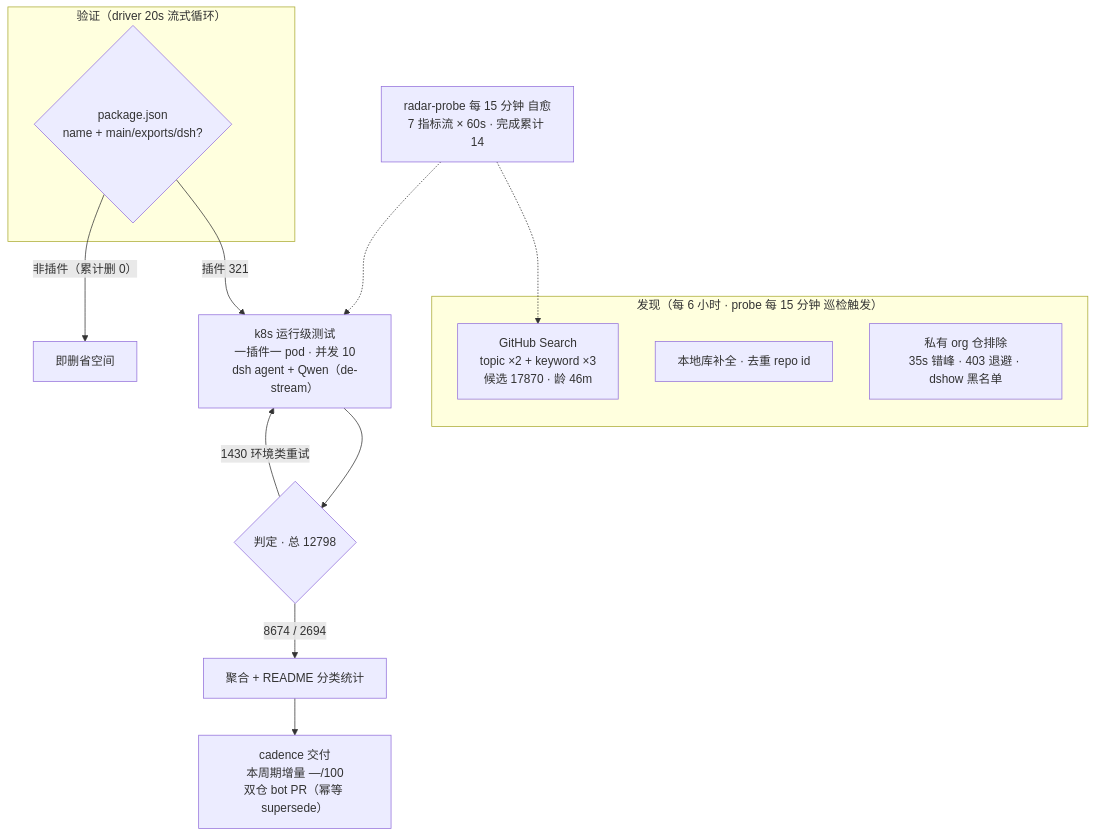
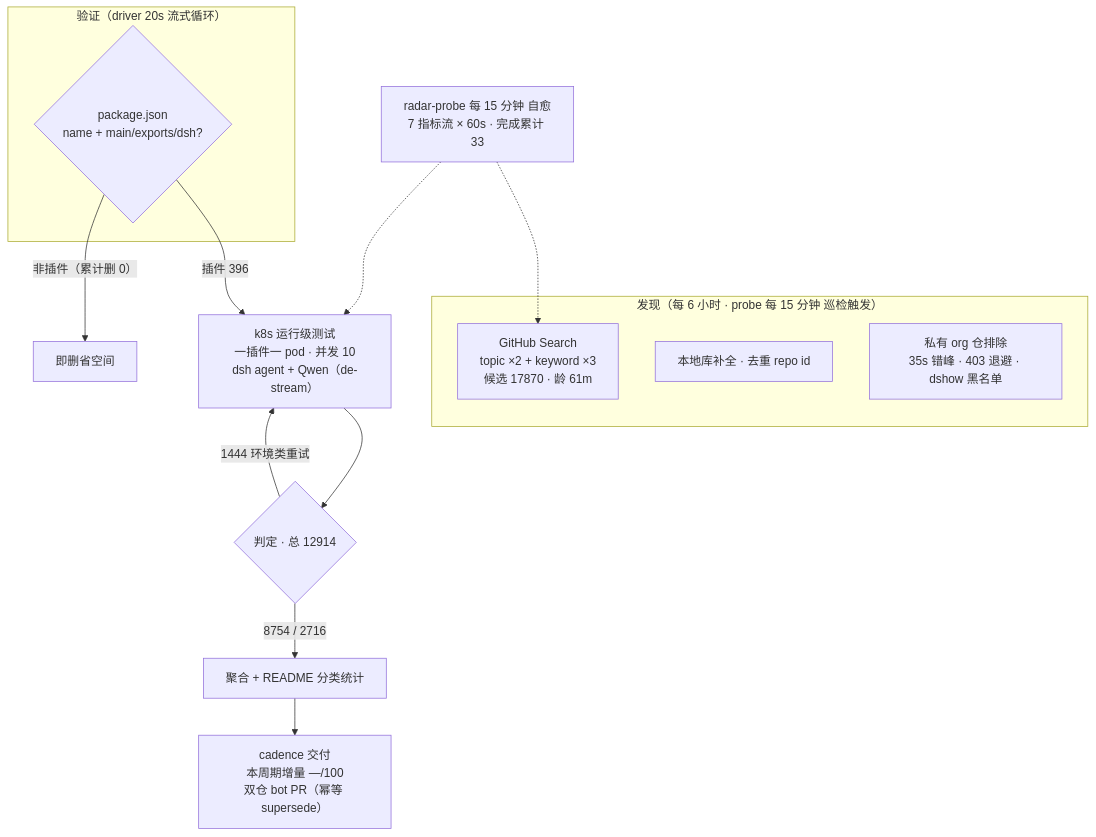
One commit to AdamPlatin123/awesome-dsh-plugins changed the diagram in README.md. Above: the diagram before and after it, drawn with Mermaid. The commit also changed other lines of this file and 5 other files, not shown here.

````diff
--- a/README.md
+++ b/README.md
@@ -52,20 +52,20 @@
 ```mermaid
 flowchart TB
     subgraph Discovery["发现（每 6 小时 · probe 每 15 分钟 巡检触发）"]
-        A1["GitHub Search<br/>topic ×2 + keyword ×3<br/>候选 17870 · 龄 46m"]
+        A1["GitHub Search<br/>topic ×2 + keyword ×3<br/>候选 17870 · 龄 61m"]
         A2["本地库补全 · 去重 repo id"]
         A3["私有 org 仓排除<br/>35s 错峰 · 403 退避 · dshow 黑名单"]
     end
     subgraph Validation["验证（driver 20s 流式循环）"]
         B1{"package.json<br/>name + main/exports/dsh?"}
     end
-    B1 -->|"插件 321"| C1["k8s 运行级测试<br/>一插件一 pod · 并发 10<br/>dsh agent + Qwen（de-stream）"]
+    B1 -->|"插件 396"| C1["k8s 运行级测试<br/>一插件一 pod · 并发 10<br/>dsh agent + Qwen（de-stream）"]
     B1 -->|"非插件（累计删 0）"| B3["即删省空间"]
-    C1 --> D1{"判定 · 总 12798"}
-    D1 -->|"8674 / 2694"| E1["聚合 + README 分类统计"]
-    D1 -->|"1430 环境类重试"| C1
+    C1 --> D1{"判定 · 总 12914"}
+    D1 -->|"8754 / 2716"| E1["聚合 + README 分类统计"]
+    D1 -->|"1444 环境类重试"| C1
     E1 --> E2["cadence 交付<br/>本周期增量 —/100<br/>双仓 bot PR（幂等 supersede）"]
-    M["radar-probe 每 15 分钟 自愈<br/>7 指标流 × 60s · 完成累计 14"]
+    M["radar-probe 每 15 分钟 自愈<br/>7 指标流 × 60s · 完成累计 33"]
     M -.-> A1
     M -.-> C1
 ```
````
